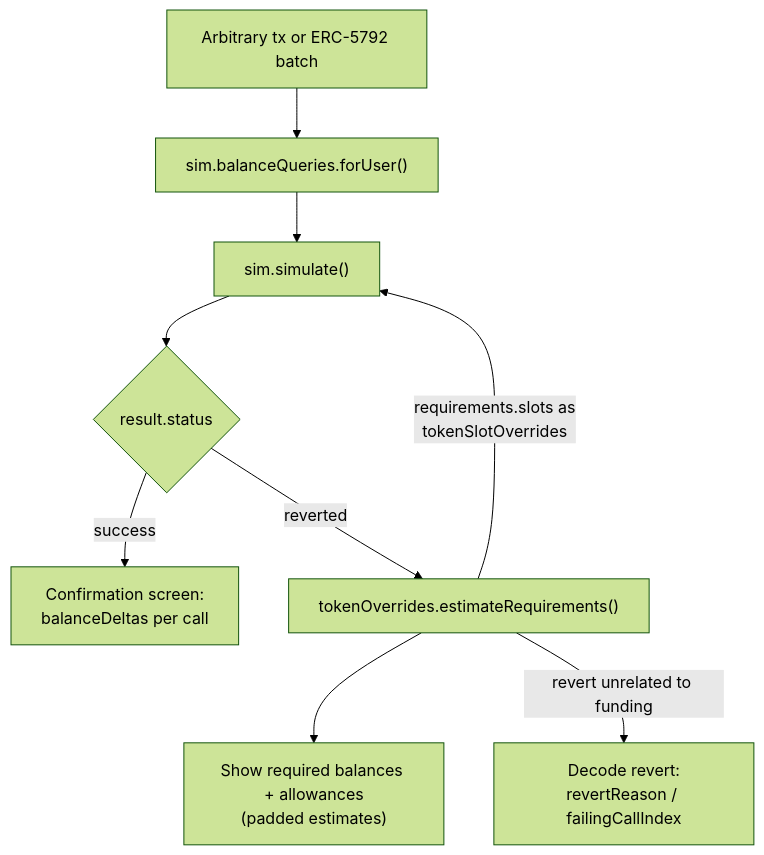
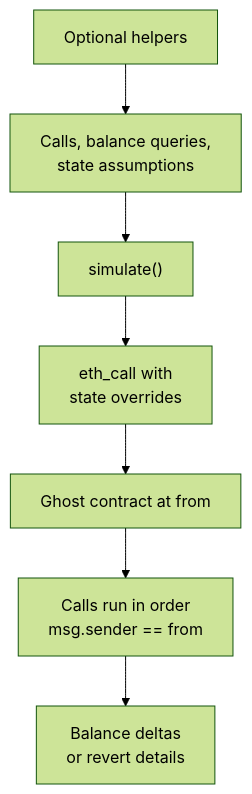
The diagram in README.md (frontier159/viem-tx-sim), drawn with Mermaid (forest theme) before and after one commit. The commit also changed other lines of this file and 10 other files, not shown here.

````diff
--- a/README.md
+++ b/README.md
@@ -147,11 +77,11 @@
 ```mermaid
 flowchart TD
-    A["Arbitrary tx or ERC-5792 batch"] --> B["sim.balanceQueries.forUser()<br/>"]
-    B --> C["sim.simulate()"]
-    C --> D{"result.status"}
-    D -- "success" --> E["Confirmation screen:<br/>balanceDeltas per call"]
-    D -- "reverted" --> F["tokenOverrides.estimateRequirements()"]
-    F --> G["Show required balances + allowances<br/>(padded estimates)"]
-    F -- "requirements.slots as<br/>tokenSlotOverrides" --> C
-    F -- "revert unrelated to funding" --> H["Decode revert:<br/>revertReason / failingCallIndex"]
+    accTitle: Transaction simulation flow
+    accDescr: Optional helpers prepare inputs. One eth_call injects a ghost contract at the sender, executes calls in order, and returns balance deltas or revert details.
+    H["Optional helpers"] --> I["Calls, balance queries,<br/>state assumptions"]
+    I --> S["simulate()"]
+    S --> R["eth_call with<br/>state overrides"]
+    R --> G["Ghost contract at from"]
+    G --> E["Calls run in order<br/>msg.sender == from"]
+    E --> O["Balance deltas<br/>or revert details"]
 ```
````
